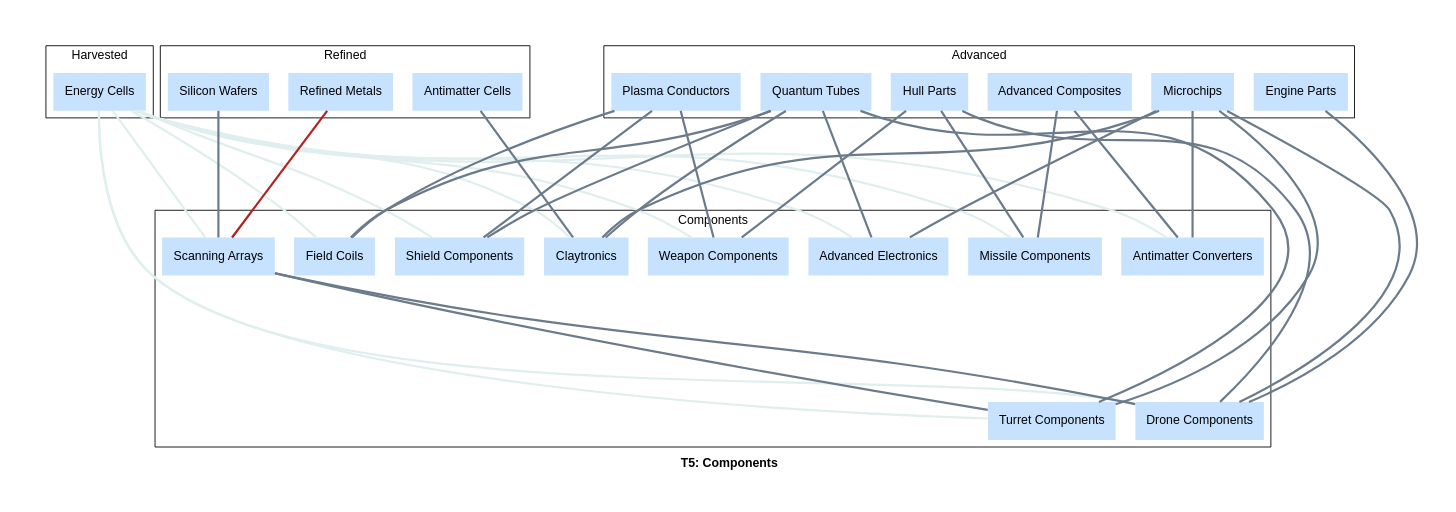
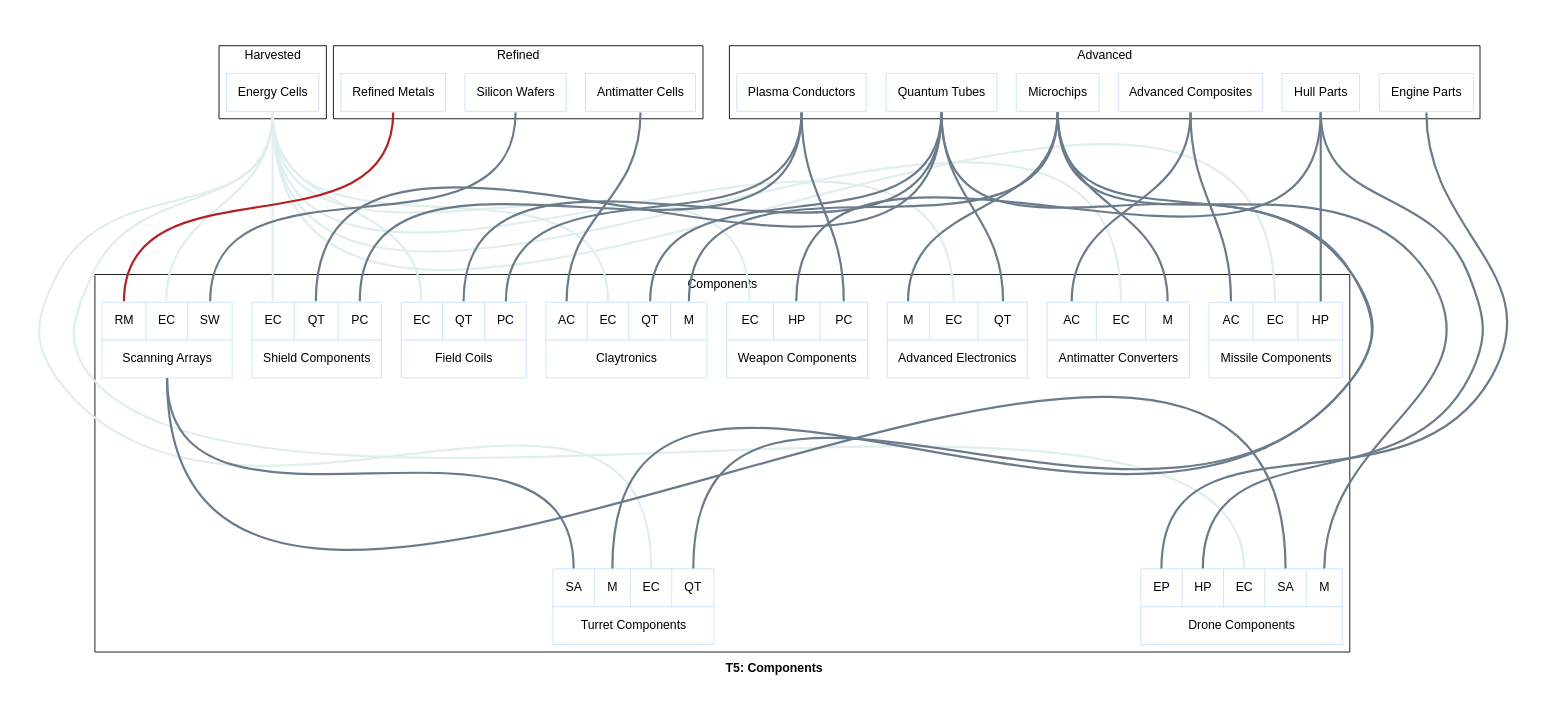
Before and after one commit to borntyping/x4-diagrams: the diagram in docs/t5_components_graph.dot, drawn with Graphviz. The commit also changed 81 other files, not shown here.

Commit message:
Record-type graphviz nodes showing inputs

```diff
--- a/docs/t5_components_graph.dot
+++ b/docs/t5_components_graph.dot
@@ -1,73 +1,74 @@
 graph "X4 Economy" {
+	edge [arrowType=normal]
 	compound=true fontname="Helvetica,Arial,sans-serif"
 	label=<<b>T5: Components</b>>
-	graph [nodesep=0.3 pad=0.5 ranksep=2]
-	node [color=slategray1 fontname="Helvetica,Arial,sans-serif" margin=0.2 penwidth=0 shape=record style=filled]
-	edge [fontname="Helvetica,Arial,sans-serif" penwidth=2.5]
+	graph [nodesep=0.3 pad=0.5 ranksep=3]
+	node [color=slategray1 fontname="Helvetica,Arial,sans-serif" margin=0.2 penwidth=1 shape=box]
+	edge [arrowhead=normal arrowtype=normal fontname="Helvetica,Arial,sans-serif" headport=n penwidth=2.5 tailport=s]
 	subgraph 0 {
 		cluster=true label=Harvested
-		"Energy Cells" [colour=lightsteelblue2 shape=box]
+		energy_cells [label="{<output> Energy Cells}" colour=lightsteelblue2 shape=record]
 	}
 	subgraph 3 {
 		cluster=true label=Refined
-		"Refined Metals" [colour=lightsteelblue2 shape=box]
-		"Antimatter Cells" [colour=lightsteelblue2 shape=box]
-		"Silicon Wafers" [colour=lightsteelblue2 shape=box]
+		refined_metals [label="{<output> Refined Metals}" colour=lightsteelblue2 shape=record]
+		antimatter_cells [label="{<output> Antimatter Cells}" colour=lightsteelblue2 shape=record]
+		silicon_wafers [label="{<output> Silicon Wafers}" colour=lightsteelblue2 shape=record]
 	}
 	subgraph 4 {
 		cluster=true label=Advanced
-		"Plasma Conductors" [colour=lightsteelblue2 shape=box]
-		"Quantum Tubes" [colour=lightsteelblue2 shape=box]
-		"Advanced Composites" [colour=lightsteelblue2 shape=box]
-		"Hull Parts" [colour=lightsteelblue2 shape=box]
-		"Engine Parts" [colour=lightsteelblue2 shape=box]
-		Microchips [colour=lightsteelblue2 shape=box]
+		plasma_conductors [label="{<output> Plasma Conductors}" colour=lightsteelblue2 shape=record]
+		quantum_tubes [label="{<output> Quantum Tubes}" colour=lightsteelblue2 shape=record]
+		advanced_composites [label="{<output> Advanced Composites}" colour=lightsteelblue2 shape=record]
+		hull_parts [label="{<output> Hull Parts}" colour=lightsteelblue2 shape=record]
+		engine_parts [label="{<output> Engine Parts}" colour=lightsteelblue2 shape=record]
+		microchips [label="{<output> Microchips}" colour=lightsteelblue2 shape=record]
 	}
 	subgraph 5 {
 		cluster=true label=Components
-		"Drone Components" [colour=lightsteelblue2 shape=box]
-		"Turret Components" [colour=lightsteelblue2 shape=box]
-		"Missile Components" [colour=lightsteelblue2 shape=box]
-		"Field Coils" [colour=lightsteelblue2 shape=box]
-		"Shield Components" [colour=lightsteelblue2 shape=box]
-		"Antimatter Converters" [colour=lightsteelblue2 shape=box]
-		"Weapon Components" [colour=lightsteelblue2 shape=box]
-		"Scanning Arrays" [colour=orange1 shape=box]
-		Claytronics [colour=lightsteelblue2 shape=box]
-		"Advanced Electronics" [colour=lightsteelblue2 shape=box]
+		drone_components [label="{{<engine_parts> EP|<hull_parts> HP|<energy_cells> EC|<scanning_arrays> SA|<microchips> M}|<output> Drone Components}" colour=lightsteelblue2 shape=record]
+		turret_components [label="{{<scanning_arrays> SA|<microchips> M|<energy_cells> EC|<quantum_tubes> QT}|<output> Turret Components}" colour=lightsteelblue2 shape=record]
+		missile_components [label="{{<advanced_composites> AC|<energy_cells> EC|<hull_parts> HP}|<output> Missile Components}" colour=lightsteelblue2 shape=record]
+		field_coils [label="{{<energy_cells> EC|<quantum_tubes> QT|<plasma_conductors> PC}|<output> Field Coils}" colour=lightsteelblue2 shape=record]
+		shield_components [label="{{<energy_cells> EC|<quantum_tubes> QT|<plasma_conductors> PC}|<output> Shield Components}" colour=lightsteelblue2 shape=record]
+		antimatter_converters [label="{{<advanced_composites> AC|<energy_cells> EC|<microchips> M}|<output> Antimatter Converters}" colour=lightsteelblue2 shape=record]
+		weapon_components [label="{{<energy_cells> EC|<hull_parts> HP|<plasma_conductors> PC}|<output> Weapon Components}" colour=lightsteelblue2 shape=record]
+		scanning_arrays [label="{{<refined_metals> RM|<energy_cells> EC|<silicon_wafers> SW}|<output> Scanning Arrays}" colour=orange1 shape=record]
+		claytronics [label="{{<antimatter_cells> AC|<energy_cells> EC|<quantum_tubes> QT|<microchips> M}|<output> Claytronics}" colour=lightsteelblue2 shape=record]
+		advanced_electronics [label="{{<microchips> M|<energy_cells> EC|<quantum_tubes> QT}|<output> Advanced Electronics}" colour=lightsteelblue2 shape=record]
 	}
-	"Energy Cells" -- "Drone Components" [color=azure2 constraint=false]
-	"Engine Parts" -- "Drone Components" [color=slategray4 constraint=true]
-	"Hull Parts" -- "Drone Components" [color=slategray4 constraint=true]
-	Microchips -- "Drone Components" [color=slategray4 constraint=true]
-	"Scanning Arrays" -- "Drone Components" [color=slategray4 constraint=true]
-	"Energy Cells" -- "Turret Components" [color=azure2 constraint=false]
-	Microchips -- "Turret Components" [color=slategray4 constraint=true]
-	"Quantum Tubes" -- "Turret Components" [color=slategray4 constraint=true]
-	"Scanning Arrays" -- "Turret Components" [color=slategray4 constraint=true]
-	"Advanced Composites" -- "Missile Components" [color=slategray4 constraint=true]
-	"Energy Cells" -- "Missile Components" [color=azure2 constraint=false]
-	"Hull Parts" -- "Missile Components" [color=slategray4 constraint=true]
-	"Energy Cells" -- "Field Coils" [color=azure2 constraint=false]
-	"Plasma Conductors" -- "Field Coils" [color=slategray4 constraint=true]
-	"Quantum Tubes" -- "Field Coils" [color=slategray4 constraint=true]
-	"Energy Cells" -- "Shield Components" [color=azure2 constraint=false]
-	"Plasma Conductors" -- "Shield Components" [color=slategray4 constraint=true]
-	"Quantum Tubes" -- "Shield Components" [color=slategray4 constraint=true]
-	"Advanced Composites" -- "Antimatter Converters" [color=slategray4 constraint=true]
-	"Energy Cells" -- "Antimatter Converters" [color=azure2 constraint=false]
-	Microchips -- "Antimatter Converters" [color=slategray4 constraint=true]
-	"Energy Cells" -- "Weapon Components" [color=azure2 constraint=false]
-	"Hull Parts" -- "Weapon Components" [color=slategray4 constraint=true]
-	"Plasma Conductors" -- "Weapon Components" [color=slategray4 constraint=true]
-	"Energy Cells" -- "Scanning Arrays" [color=azure2 constraint=false]
-	"Refined Metals" -- "Scanning Arrays" [color=firebrick constraint=true]
-	"Silicon Wafers" -- "Scanning Arrays" [color=slategray4 constraint=true]
-	"Antimatter Cells" -- Claytronics [color=slategray4 constraint=true]
-	"Energy Cells" -- Claytronics [color=azure2 constraint=false]
-	Microchips -- Claytronics [color=slategray4 constraint=true]
-	"Quantum Tubes" -- Claytronics [color=slategray4 constraint=true]
-	"Energy Cells" -- "Advanced Electronics" [color=azure2 constraint=false]
-	Microchips -- "Advanced Electronics" [color=slategray4 constraint=true]
-	"Quantum Tubes" -- "Advanced Electronics" [color=slategray4 constraint=true]
+	energy_cells:output:s -- drone_components:energy_cells:n [color=azure2]
+	engine_parts:output:s -- drone_components:engine_parts:n [color=slategray4]
+	hull_parts:output:s -- drone_components:hull_parts:n [color=slategray4]
+	microchips:output:s -- drone_components:microchips:n [color=slategray4]
+	scanning_arrays:output:s -- drone_components:scanning_arrays:n [color=slategray4]
+	energy_cells:output:s -- turret_components:energy_cells:n [color=azure2]
+	microchips:output:s -- turret_components:microchips:n [color=slategray4]
+	quantum_tubes:output:s -- turret_components:quantum_tubes:n [color=slategray4]
+	scanning_arrays:output:s -- turret_components:scanning_arrays:n [color=slategray4]
+	advanced_composites:output:s -- missile_components:advanced_composites:n [color=slategray4]
+	energy_cells:output:s -- missile_components:energy_cells:n [color=azure2]
+	hull_parts:output:s -- missile_components:hull_parts:n [color=slategray4]
+	energy_cells:output:s -- field_coils:energy_cells:n [color=azure2]
+	plasma_conductors:output:s -- field_coils:plasma_conductors:n [color=slategray4]
+	quantum_tubes:output:s -- field_coils:quantum_tubes:n [color=slategray4]
+	energy_cells:output:s -- shield_components:energy_cells:n [color=azure2]
+	plasma_conductors:output:s -- shield_components:plasma_conductors:n [color=slategray4]
+	quantum_tubes:output:s -- shield_components:quantum_tubes:n [color=slategray4]
+	advanced_composites:output:s -- antimatter_converters:advanced_composites:n [color=slategray4]
+	energy_cells:output:s -- antimatter_converters:energy_cells:n [color=azure2]
+	microchips:output:s -- antimatter_converters:microchips:n [color=slategray4]
+	energy_cells:output:s -- weapon_components:energy_cells:n [color=azure2]
+	hull_parts:output:s -- weapon_components:hull_parts:n [color=slategray4]
+	plasma_conductors:output:s -- weapon_components:plasma_conductors:n [color=slategray4]
+	energy_cells:output:s -- scanning_arrays:energy_cells:n [color=azure2]
+	refined_metals:output:s -- scanning_arrays:refined_metals:n [color=firebrick]
+	silicon_wafers:output:s -- scanning_arrays:silicon_wafers:n [color=slategray4]
+	antimatter_cells:output:s -- claytronics:antimatter_cells:n [color=slategray4]
+	energy_cells:output:s -- claytronics:energy_cells:n [color=azure2]
+	microchips:output:s -- claytronics:microchips:n [color=slategray4]
+	quantum_tubes:output:s -- claytronics:quantum_tubes:n [color=slategray4]
+	energy_cells:output:s -- advanced_electronics:energy_cells:n [color=azure2]
+	microchips:output:s -- advanced_electronics:microchips:n [color=slategray4]
+	quantum_tubes:output:s -- advanced_electronics:quantum_tubes:n [color=slategray4]
 }
```
